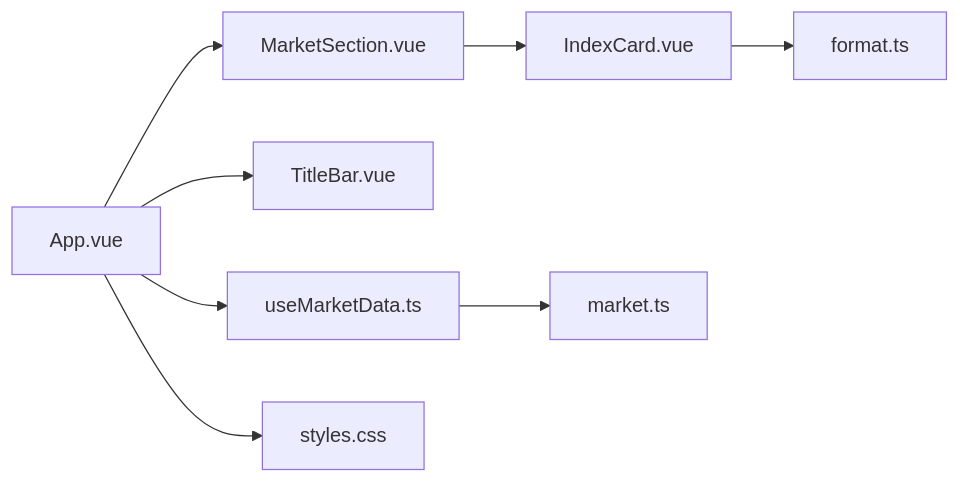
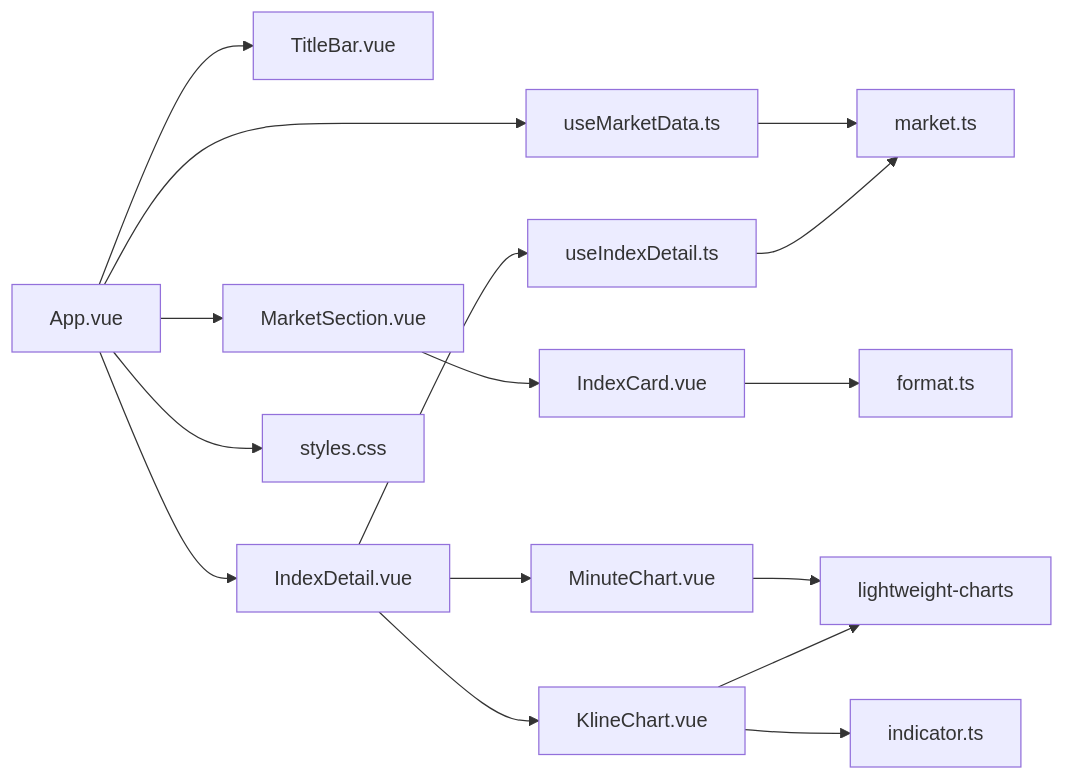
The fourth of 4 diagrams in .qoder/repowiki/zh/content/前端开发/组件系统/组件系统.md (jiashaoying/hq-kanban-app), drawn with Mermaid before and after one commit. The commit also changed other lines of this file and 7 other files, not shown here.

````diff
--- a/.qoder/repowiki/zh/content/前端开发/组件系统/组件系统.md
+++ b/.qoder/repowiki/zh/content/前端开发/组件系统/组件系统.md
@@ -239,10 +330,18 @@
 ```mermaid
 graph LR
 App["App.vue"] --> UseMD["useMarketData.ts"]
 App --> TB["TitleBar.vue"]
 App --> MS["MarketSection.vue"]
 MS --> IC["IndexCard.vue"]
+App --> ID["IndexDetail.vue"]
+ID --> UID["useIndexDetail.ts"]
+ID --> MC["MinuteChart.vue"]
+ID --> KC["KlineChart.vue"]
+MC --> LC["lightweight-charts"]
+KC --> LC
+KC --> IND["indicator.ts"]
 IC --> FT["format.ts"]
 UseMD --> Types["market.ts"]
+UID --> Types
 App --> Styles["styles.css"]
 ```
````
